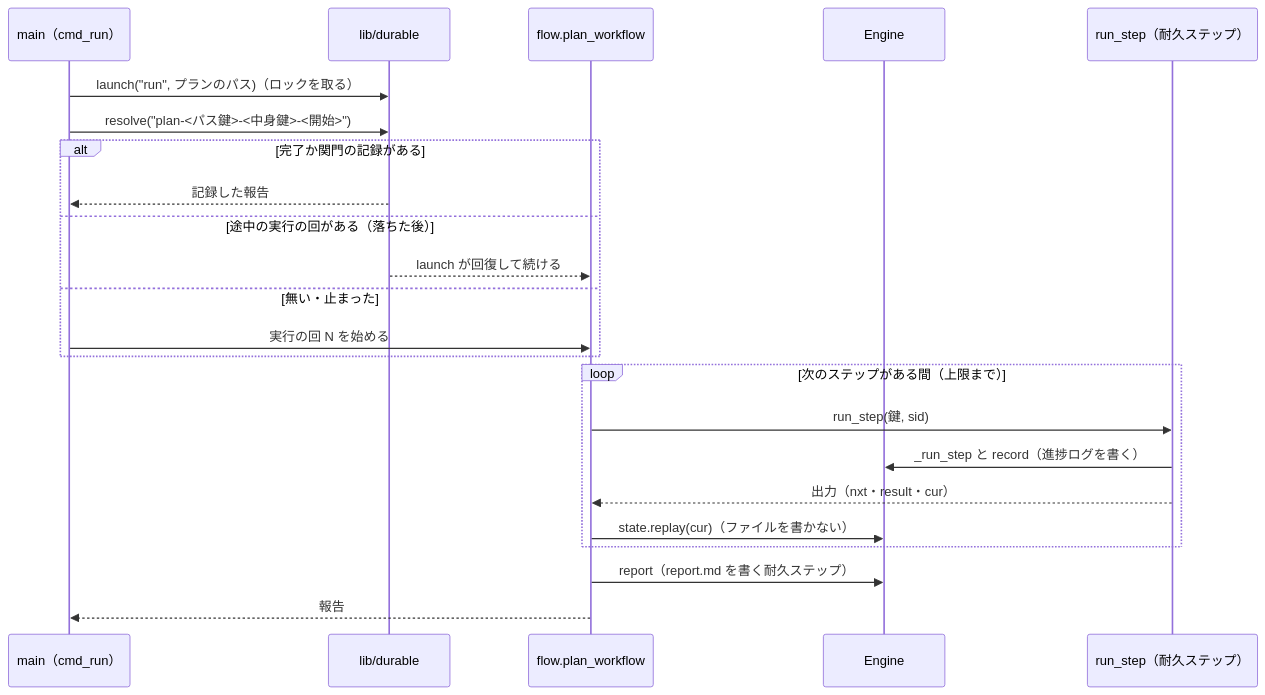
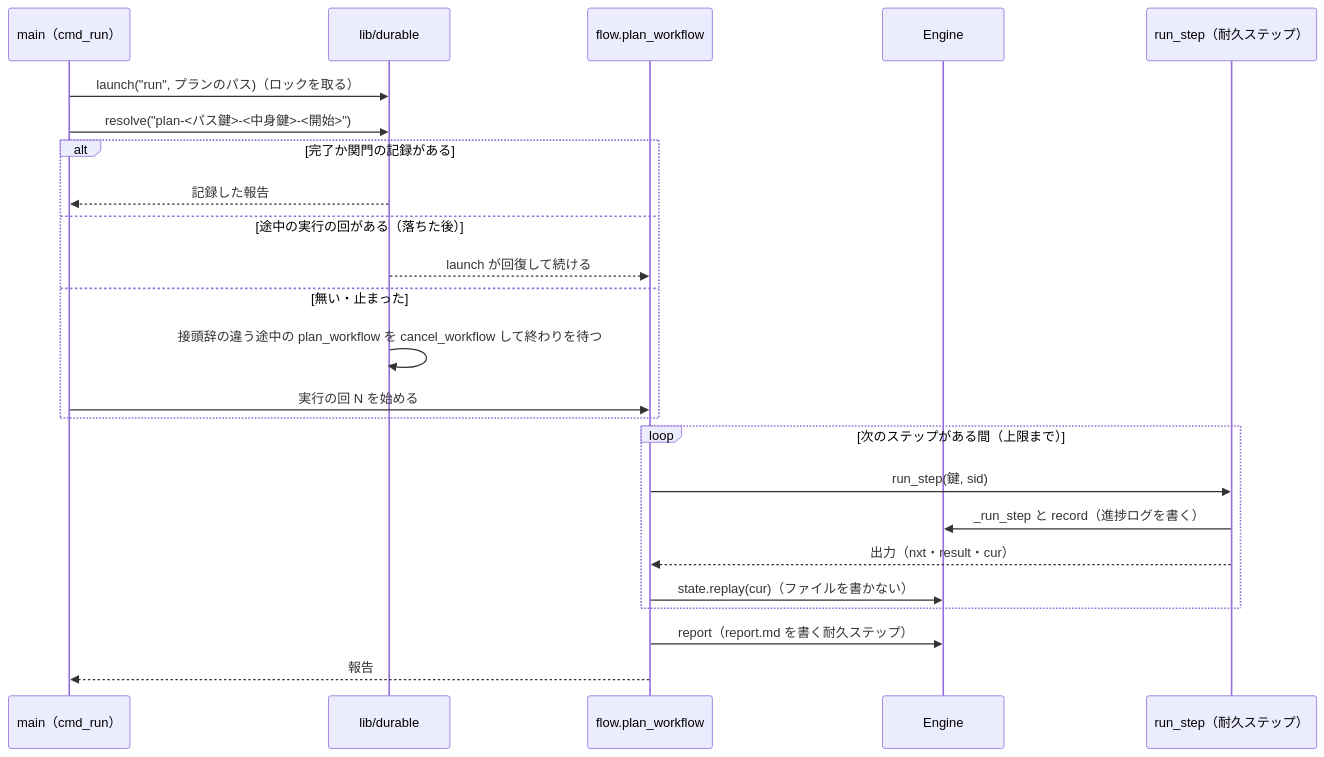
One commit to devbasex/ai-plugins changed the fourth of 7 diagrams in issues/issue-1142-design-dbos.md. Above: the diagram before and after it, drawn with Mermaid. The commit also changed other lines of this file, not shown here.

````diff
--- a/issues/issue-1142-design-dbos.md
+++ b/issues/issue-1142-design-dbos.md
@@ -417,25 +428,26 @@
 ```mermaid
 sequenceDiagram
     participant M as main（cmd_run）
     participant D as lib/durable
     participant F as flow.plan_workflow
     participant E as Engine
     participant S as run_step（耐久ステップ）
     M->>D: launch("run", プランのパス)（ロックを取る）
     M->>D: resolve("plan-<パス鍵>-<中身鍵>-<開始>")
     alt 完了か関門の記録がある
         D-->>M: 記録した報告
     else 途中の実行の回がある（落ちた後）
         D-->>F: launch が回復して続ける
     else 無い・止まった
+        D->>D: 接頭辞の違う途中の plan_workflow を cancel_workflow して終わりを待つ
         M->>F: 実行の回 N を始める
     end
     loop 次のステップがある間（上限まで）
         F->>S: run_step(鍵, sid)
         S->>E: _run_step と record（進捗ログを書く）
         S-->>F: 出力（nxt・result・cur）
         F->>E: state.replay(cur)（ファイルを書かない）
     end
     F->>E: report（report.md を書く耐久ステップ）
     F-->>M: 報告
 ```
````
